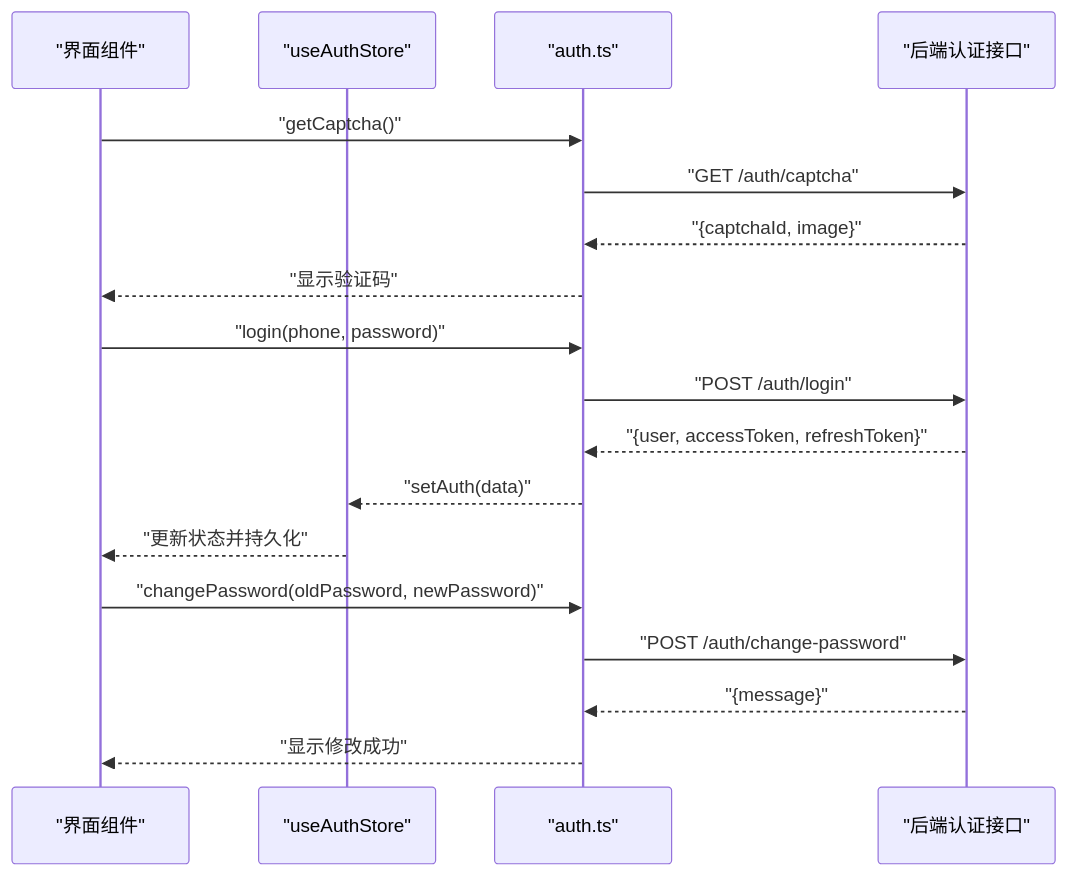
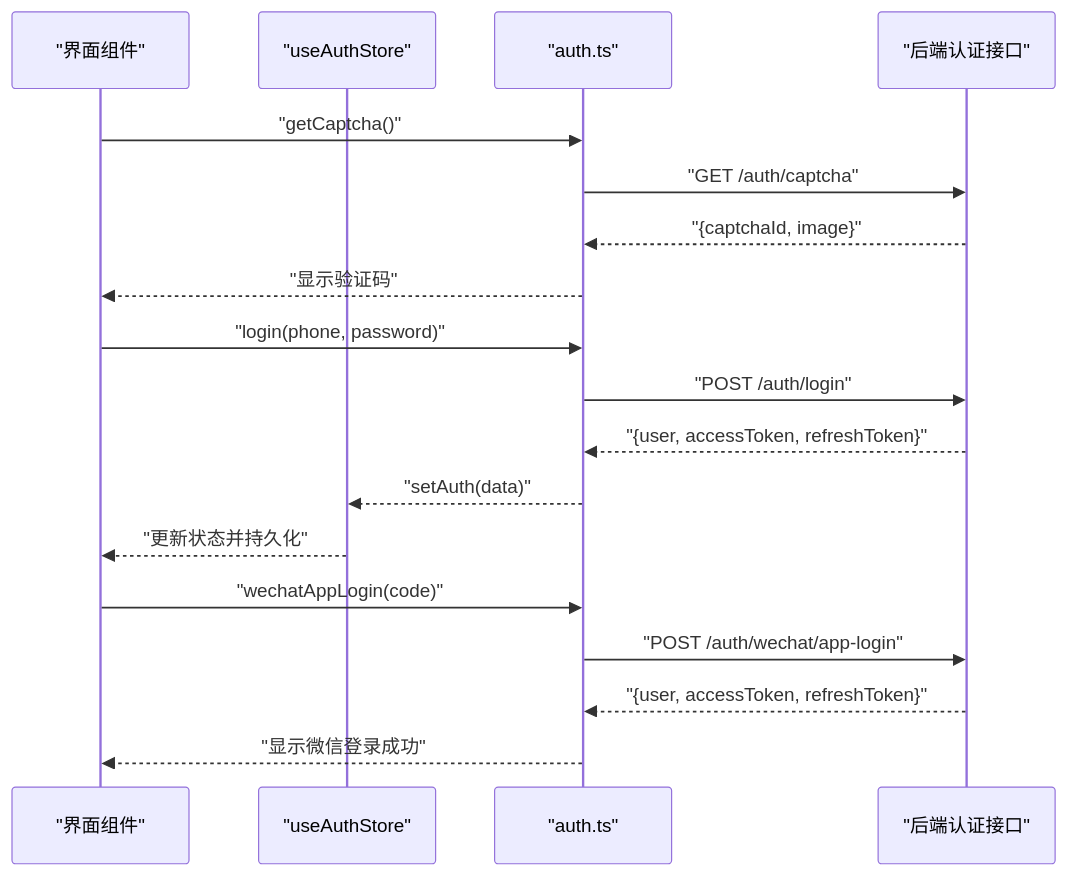
Diagram 14 of 15 in .qoder/repowiki/zh/content/后端开发指南/核心模块详解/认证模块.md (lsqwawa/free-dress), drawn with Mermaid before and after one commit. The commit also changed other lines of this file and 71 other files, not shown here.

````diff
--- a/.qoder/repowiki/zh/content/后端开发指南/核心模块详解/认证模块.md
+++ b/.qoder/repowiki/zh/content/后端开发指南/核心模块详解/认证模块.md
@@ -457,20 +609,20 @@
 ```mermaid
 sequenceDiagram
 participant UI as "界面组件"
 participant Store as "useAuthStore"
 participant API as "auth.ts"
 participant BE as "后端认证接口"
 UI->>API : "getCaptcha()"
 API->>BE : "GET /auth/captcha"
 BE-->>API : "{captchaId, image}"
 API-->>UI : "显示验证码"
 UI->>API : "login(phone, password)"
 API->>BE : "POST /auth/login"
 BE-->>API : "{user, accessToken, refreshToken}"
 API-->>Store : "setAuth(data)"
 Store-->>UI : "更新状态并持久化"
-UI->>API : "changePassword(oldPassword, newPassword)"
-API->>BE : "POST /auth/change-password"
-BE-->>API : "{message}"
-API-->>UI : "显示修改成功"
+UI->>API : "wechatAppLogin(code)"
+API->>BE : "POST /auth/wechat/app-login"
+BE-->>API : "{user, accessToken, refreshToken}"
+API-->>UI : "显示微信登录成功"
 ```
````
